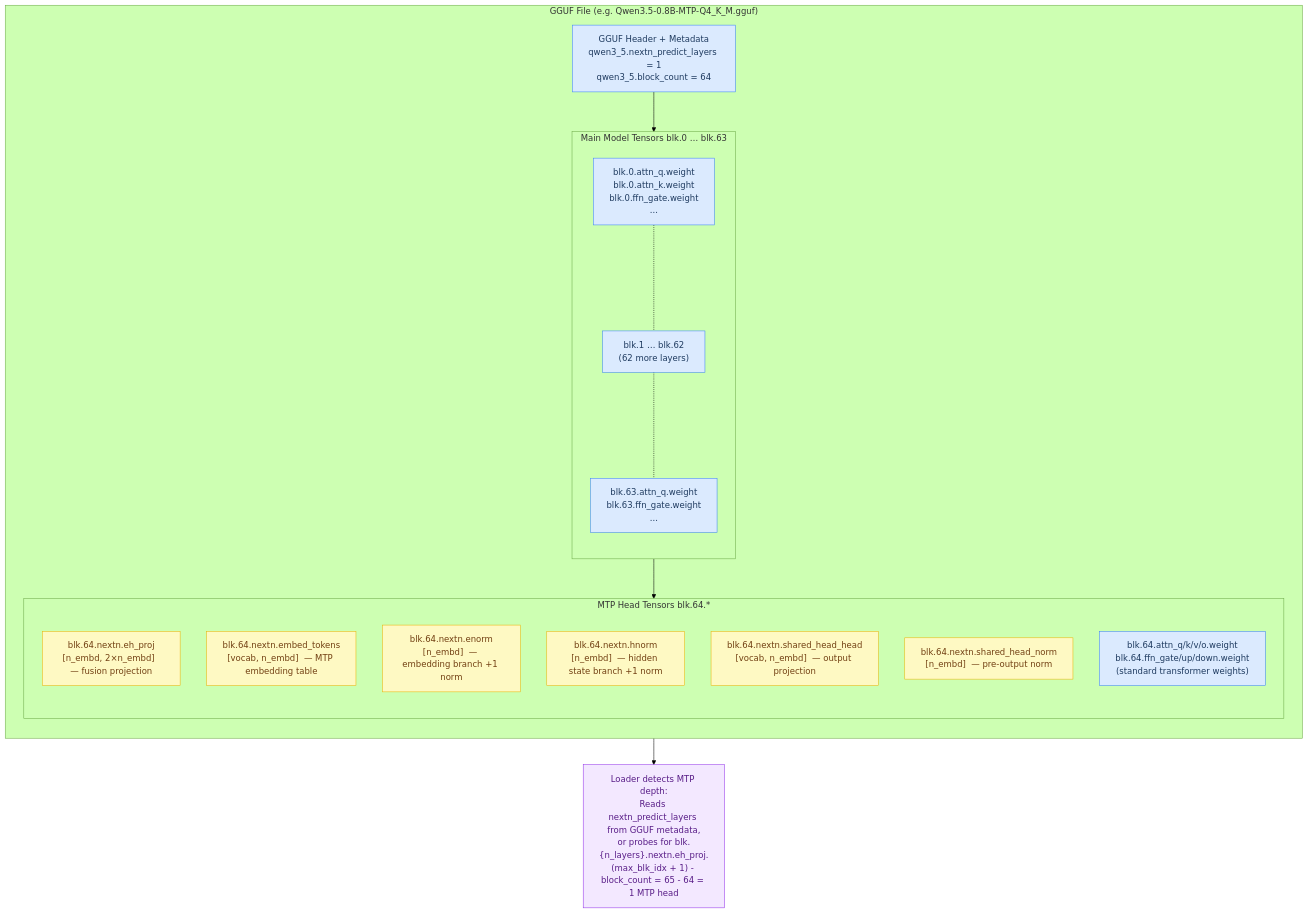
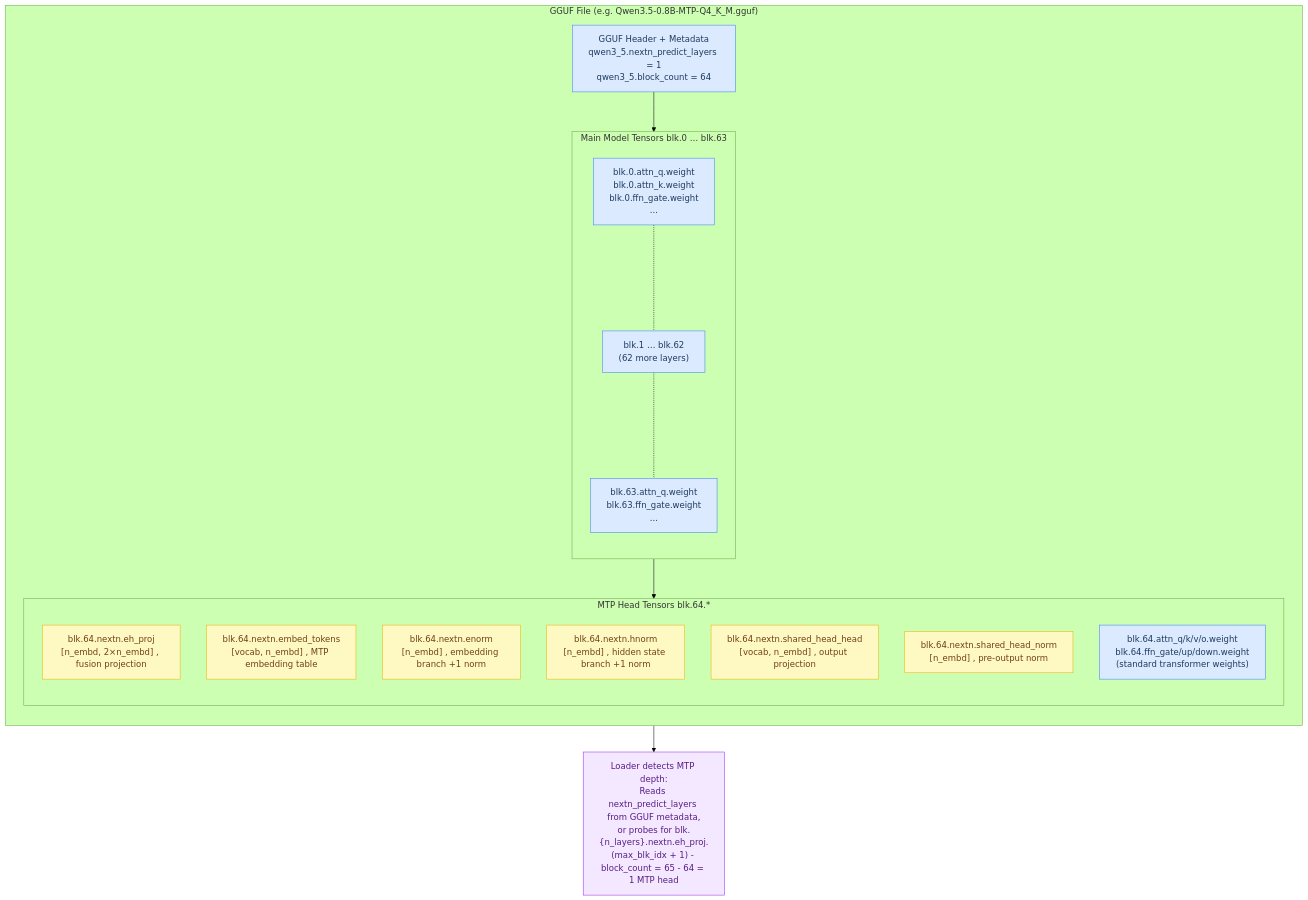
The fourth of 7 diagrams in docs/tutorial/18-multi-token-prediction.md (maci0/agave), drawn with Mermaid (forest theme) before and after one commit. The commit also changed other lines of this file and 196 other files, not shown here.

````diff
--- a/docs/tutorial/18-multi-token-prediction.md
+++ b/docs/tutorial/18-multi-token-prediction.md
@@ -211,38 +211,38 @@
 ```mermaid
 flowchart TD
     classDef setup     fill:#dbeafe,stroke:#3b82f6,color:#1e3a5f
     classDef sync      fill:#dcfce7,stroke:#22c55e,color:#14532d
     classDef migration fill:#fef9c3,stroke:#eab308,color:#713f12
     classDef success   fill:#bbf7d0,stroke:#16a34a,color:#14532d
     classDef danger    fill:#fee2e2,stroke:#ef4444,color:#7f1d1d
     classDef optional  fill:#f3e8ff,stroke:#9333ea,color:#581c87
 
     subgraph GGUF["GGUF File (e.g. Qwen3.5-0.8B-MTP-Q4_K_M.gguf)"]
         direction TB
         Meta["GGUF Header + Metadata\nqwen3_5.nextn_predict_layers = 1\nqwen3_5.block_count = 64"]:::setup
 
         subgraph Main["Main Model Tensors  blk.0 … blk.63"]
             direction TB
             B0["blk.0.attn_q.weight\nblk.0.attn_k.weight\nblk.0.ffn_gate.weight\n..."]:::setup
             Bdots["blk.1 … blk.62\n(62 more layers)"]:::setup
             B63["blk.63.attn_q.weight\nblk.63.ffn_gate.weight\n..."]:::setup
             B0 -..- Bdots -..- B63
         end
 
         subgraph MTP["MTP Head Tensors  blk.64.*"]
             direction TB
-            EHProj["blk.64.nextn.eh_proj\n[n_embd, 2×n_embd]  — fusion projection"]:::migration
-            Embed["blk.64.nextn.embed_tokens\n[vocab, n_embd]  — MTP embedding table"]:::migration
-            ENorm["blk.64.nextn.enorm\n[n_embd]  — embedding branch +1 norm"]:::migration
-            HNorm["blk.64.nextn.hnorm\n[n_embd]  — hidden state branch +1 norm"]:::migration
-            SHH["blk.64.nextn.shared_head_head\n[vocab, n_embd]  — output projection"]:::migration
-            SHN["blk.64.nextn.shared_head_norm\n[n_embd]  — pre-output norm"]:::migration
+            EHProj["blk.64.nextn.eh_proj\n[n_embd, 2×n_embd] , fusion projection"]:::migration
+            Embed["blk.64.nextn.embed_tokens\n[vocab, n_embd] , MTP embedding table"]:::migration
+            ENorm["blk.64.nextn.enorm\n[n_embd] , embedding branch +1 norm"]:::migration
+            HNorm["blk.64.nextn.hnorm\n[n_embd] , hidden state branch +1 norm"]:::migration
+            SHH["blk.64.nextn.shared_head_head\n[vocab, n_embd] , output projection"]:::migration
+            SHN["blk.64.nextn.shared_head_norm\n[n_embd] , pre-output norm"]:::migration
             AttnW["blk.64.attn_q/k/v/o.weight\nblk.64.ffn_gate/up/down.weight\n(standard transformer weights)"]:::setup
         end
 
         Meta --> Main --> MTP
     end
 
     Note["Loader detects MTP depth:\nReads nextn_predict_layers from GGUF metadata,\nor probes for blk.{n_layers}.nextn.eh_proj.\n(max_blk_idx + 1) - block_count = 65 - 64 = 1 MTP head"]:::optional
     GGUF --> Note
 ```
````
